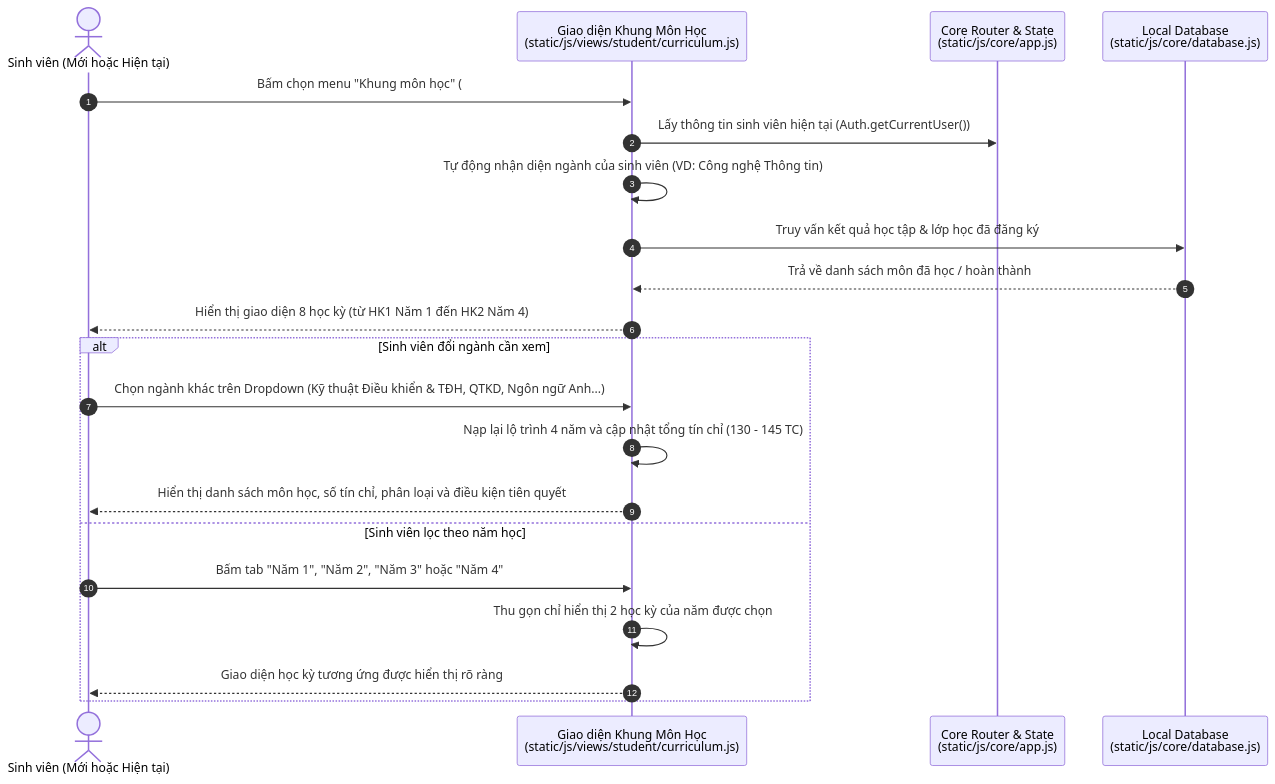
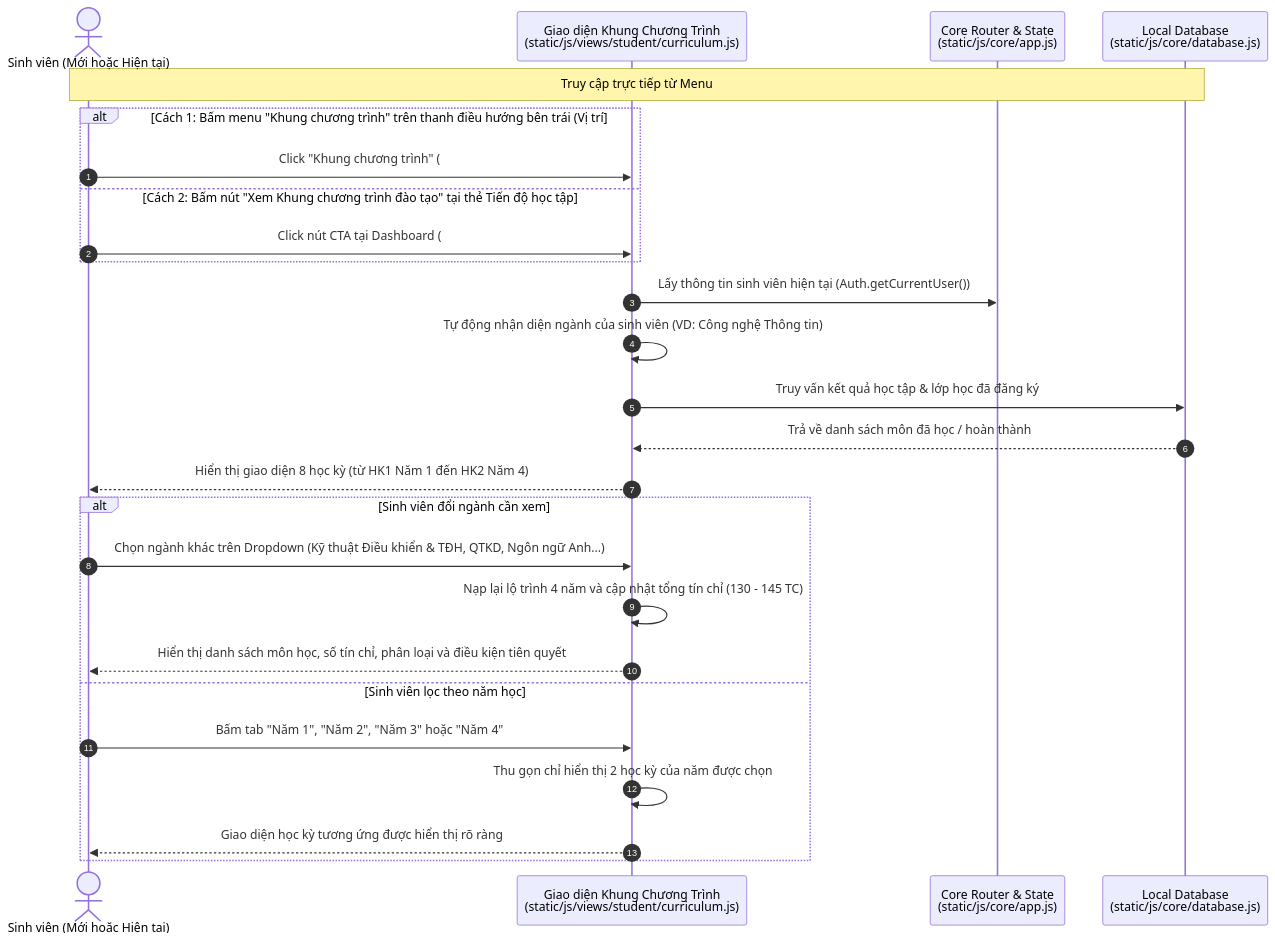
The ninth of 10 diagrams in docs/DiagramGit.md (NguyenHao1312/DO_NGUYEN_HAO-24CT1-CNPM), drawn with Mermaid before and after one commit. The commit also changed other lines of this file and 5 other files, not shown here.

Commit message:
docs: update system diagrams, sequence flows, activity flows, and README documentation

````diff
--- a/docs/DiagramGit.md
+++ b/docs/DiagramGit.md
@@ -355,26 +373,31 @@
 ```mermaid
 sequenceDiagram
     autonumber
 
     actor S as Sinh viên (Mới hoặc Hiện tại)
-    participant FE as Giao diện Khung Môn Học<br/>(static/js/views/student/curriculum.js)
+    participant FE as Giao diện Khung Chương Trình<br/>(static/js/views/student/curriculum.js)
     participant APP as Core Router & State<br/>(static/js/core/app.js)
     participant DB_CLIENT as Local Database<br/>(static/js/core/database.js)
 
-    S->>FE: Bấm chọn menu "Khung môn học" (#/curriculum)
+    Note over S,DB_CLIENT: Truy cập trực tiếp từ Menu #2 (Left Sidebar) hoặc Nút bấm trên Dashboard
+    alt Cách 1: Bấm menu "Khung chương trình" trên thanh điều hướng bên trái (Vị trí #2)
+        S->>FE: Click "Khung chương trình" (#/curriculum)
+    else Cách 2: Bấm nút "Xem Khung chương trình đào tạo" tại thẻ Tiến độ học tập
+        S->>FE: Click nút CTA tại Dashboard (#/curriculum)
+    end
     FE->>APP: Lấy thông tin sinh viên hiện tại (Auth.getCurrentUser())
     FE->>FE: Tự động nhận diện ngành của sinh viên (VD: Công nghệ Thông tin)
     FE->>DB_CLIENT: Truy vấn kết quả học tập & lớp học đã đăng ký
     DB_CLIENT-->>FE: Trả về danh sách môn đã học / hoàn thành
     FE-->>S: Hiển thị giao diện 8 học kỳ (từ HK1 Năm 1 đến HK2 Năm 4)
 
     alt Sinh viên đổi ngành cần xem
         S->>FE: Chọn ngành khác trên Dropdown (Kỹ thuật Điều khiển & TĐH, QTKD, Ngôn ngữ Anh...)
         FE->>FE: Nạp lại lộ trình 4 năm và cập nhật tổng tín chỉ (130 - 145 TC)
         FE-->>S: Hiển thị danh sách môn học, số tín chỉ, phân loại và điều kiện tiên quyết
     else Sinh viên lọc theo năm học
         S->>FE: Bấm tab "Năm 1", "Năm 2", "Năm 3" hoặc "Năm 4"
         FE->>FE: Thu gọn chỉ hiển thị 2 học kỳ của năm được chọn
         FE-->>S: Giao diện học kỳ tương ứng được hiển thị rõ ràng
     end
 ```
````
